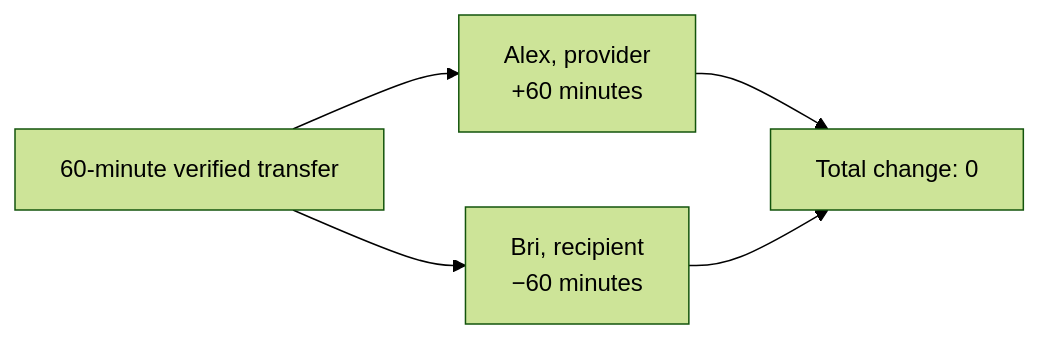
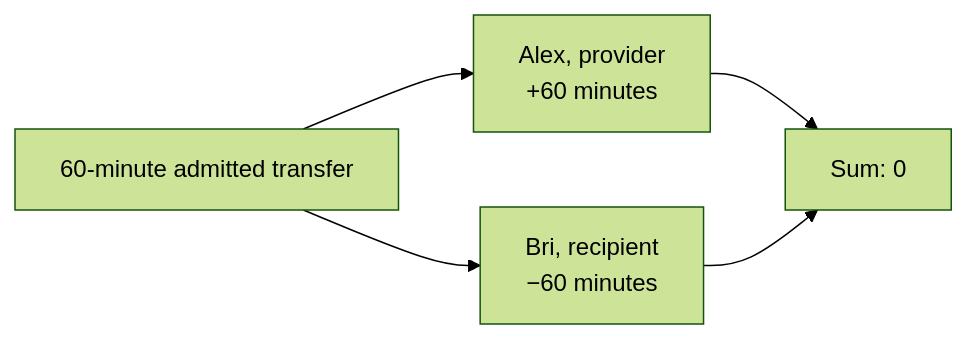
Before and after one commit to matthewlovestocode/peer-hours: the diagram in docs/education/31-two-balances.md, drawn with Mermaid (forest theme). The commit also changed other lines of this file and 62 other files, not shown here.

````diff
--- a/docs/education/31-two-balances.md
+++ b/docs/education/31-two-balances.md
@@ -5,7 +5,7 @@
 ```mermaid
 flowchart LR
-  T["60-minute verified transfer"] --> A["Alex, provider\n+60 minutes"]
+  T["60-minute admitted transfer"] --> A["Alex, provider\n+60 minutes"]
   T --> B["Bri, recipient\n−60 minutes"]
-  A --> Z["Total change: 0"]
+  A --> Z["Sum: 0"]
   B --> Z
 ```
````
